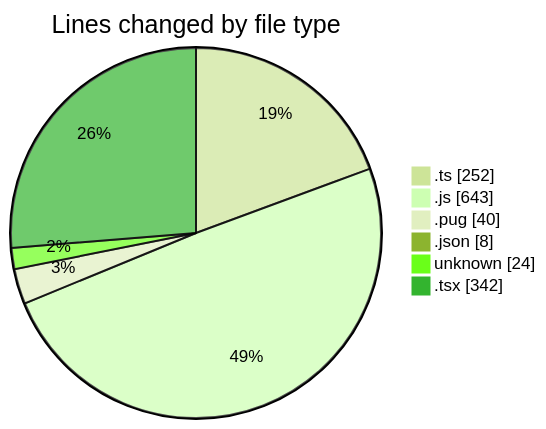
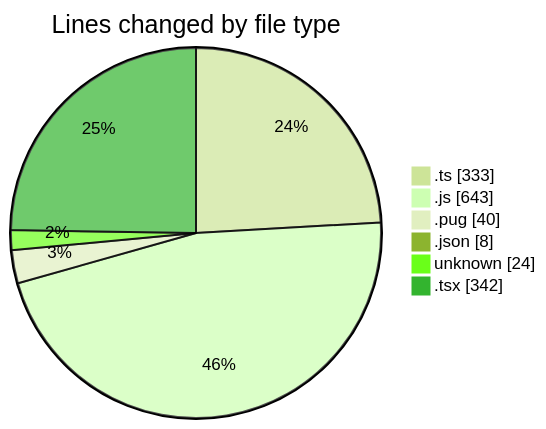
Before and after one commit to momahboobian/code-tracking: the first of 2 diagrams in 2025-02-25/cda/README.md, drawn with Mermaid (forest theme). The commit also changed other lines of this file and 1 other file, not shown here.

````diff
--- a/2025-02-25/cda/README.md
+++ b/2025-02-25/cda/README.md
@@ -34,10 +35,10 @@
 ```mermaid
 pie showData
 title Lines changed by file type
-".ts" : 252
+".ts" : 333
 ".js" : 643
 ".pug" : 40
 ".json" : 8
 "unknown" : 24
 ".tsx" : 342
 ```
````
